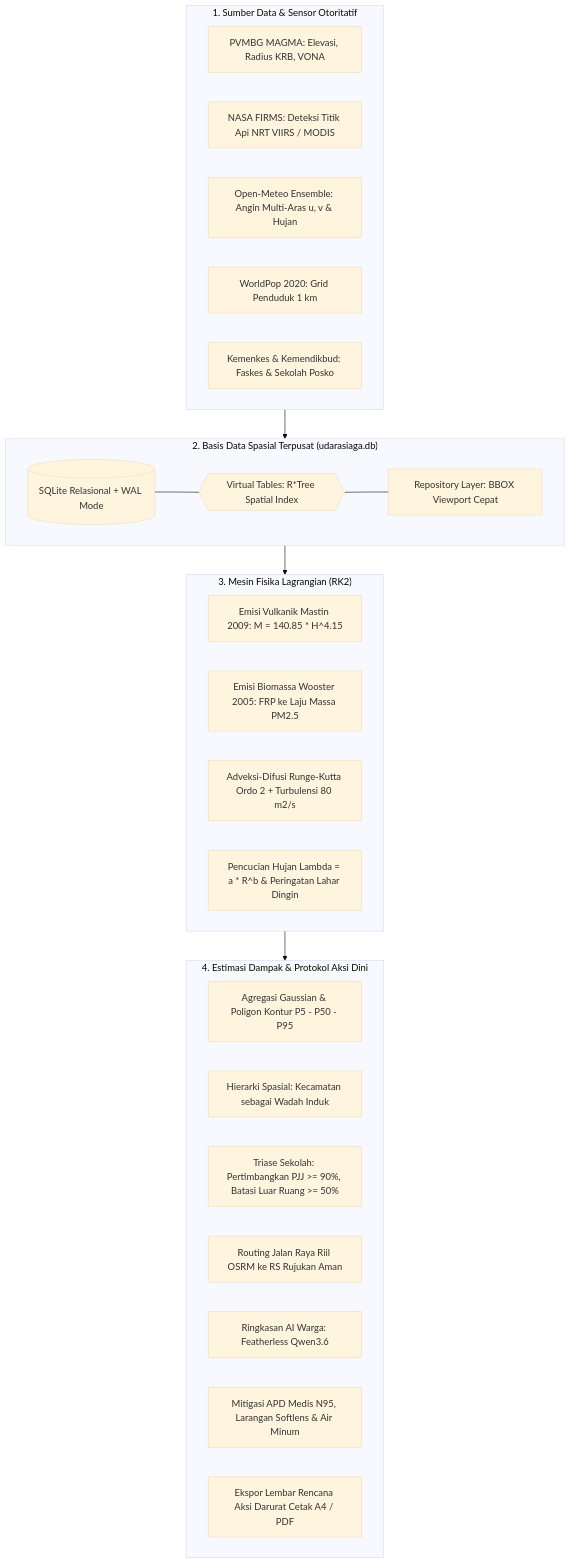
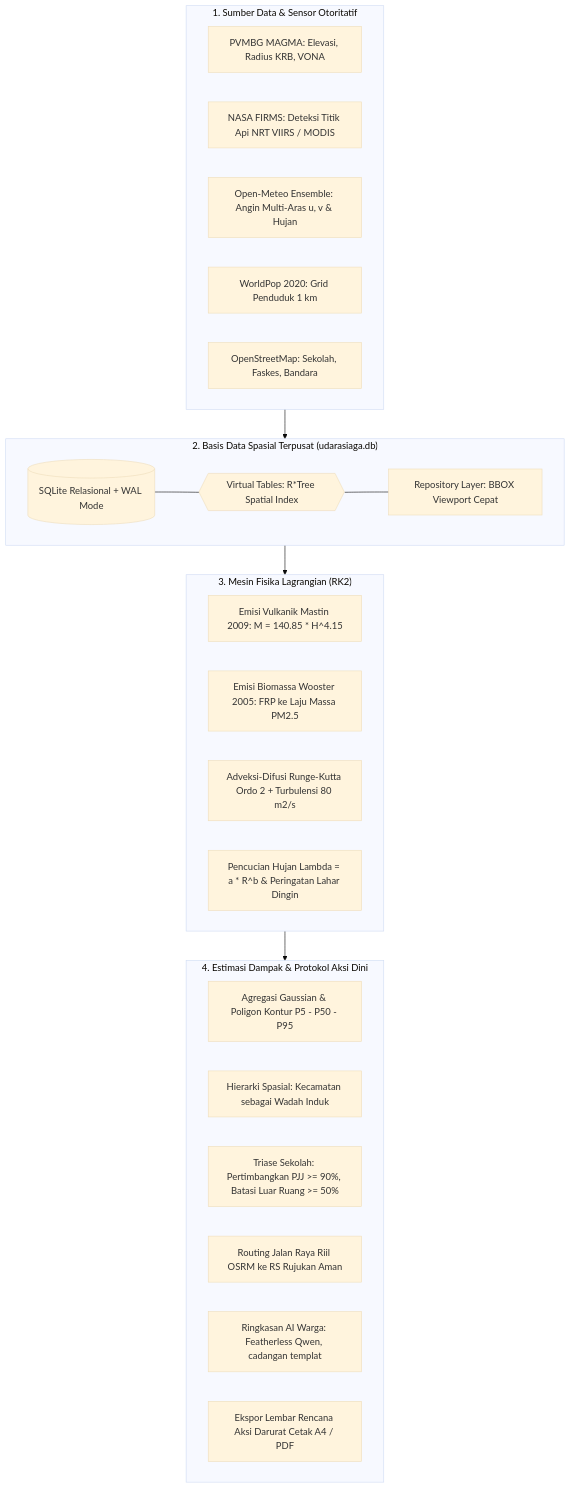
One commit to nyarikerja/JOINTS2026 changed the first of 2 diagrams in backend/README.md. Above: the diagram before and after it, drawn with Mermaid (base theme). The commit also changed other lines of this file and 20 other files, not shown here.

````diff
--- a/backend/README.md
+++ b/backend/README.md
@@ -12,38 +13,37 @@
 ```mermaid
 graph TD
     subgraph Ingest["1. Sumber Data & Sensor Otoritatif"]
         A1[PVMBG MAGMA: Elevasi, Radius KRB, VONA]
         A2[NASA FIRMS: Deteksi Titik Api NRT VIIRS / MODIS]
         A3[Open-Meteo Ensemble: Angin Multi-Aras u, v & Hujan]
         A4[WorldPop 2020: Grid Penduduk 1 km]
-        A5[Kemenkes & Kemendikbud: Faskes & Sekolah Posko]
+        A5[OpenStreetMap: Sekolah, Faskes, Bandara]
     end
 
     subgraph Storage["2. Basis Data Spasial Terpusat (udarasiaga.db)"]
         B1[(SQLite Relasional + WAL Mode)]
         B2{{Virtual Tables: R*Tree Spatial Index}}
         B3[Repository Layer: BBOX Viewport Cepat]
         B1 --- B2 --- B3
     end
 
     subgraph Physics["3. Mesin Fisika Lagrangian (RK2)"]
         C1[Emisi Vulkanik Mastin 2009: M = 140.85 * H^4.15]
         C2[Emisi Biomassa Wooster 2005: FRP ke Laju Massa PM2.5]
         C3[Adveksi-Difusi Runge-Kutta Ordo 2 + Turbulensi 80 m2/s]
         C4[Pencucian Hujan Lambda = a * R^b & Peringatan Lahar Dingin]
     end
 
     subgraph Impact["4. Estimasi Dampak & Protokol Aksi Dini"]
         D1[Agregasi Gaussian & Poligon Kontur P5 - P50 - P95]
         D2[Hierarki Spasial: Kecamatan sebagai Wadah Induk]
         D3[Triase Sekolah: Pertimbangkan PJJ >= 90%, Batasi Luar Ruang >= 50%]
         D4[Routing Jalan Raya Riil OSRM ke RS Rujukan Aman]
-        D5[Ringkasan AI Warga: Featherless Qwen3.6]
-        D6[Mitigasi APD Medis N95, Larangan Softlens & Air Minum]
+        D5[Ringkasan AI Warga: Featherless Qwen, cadangan templat]
         D7[Ekspor Lembar Rencana Aksi Darurat Cetak A4 / PDF]
     end
 
     Ingest --> Storage
     Storage --> Physics
     Physics --> Impact
 ```
````
